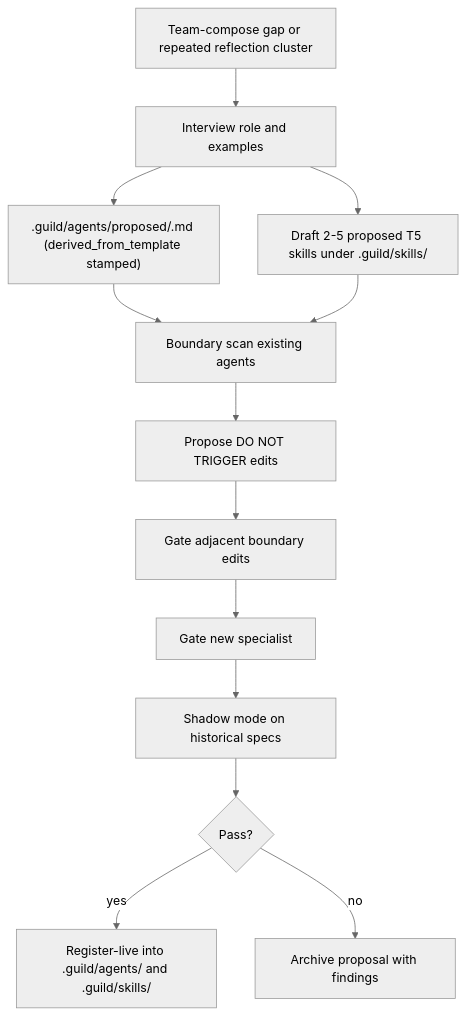
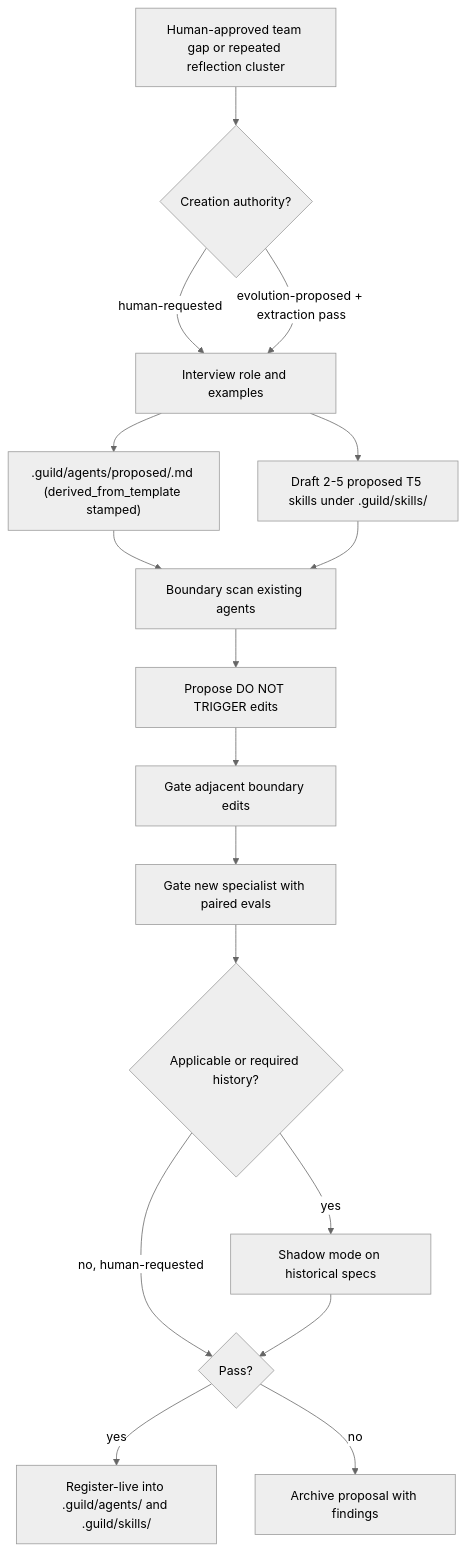
Before and after one commit to lookatitude/guild: the second of 3 diagrams in .guild/wiki/entities/skill-creator.md, drawn with Mermaid (neutral theme). The commit also changed other lines of this file and 16 other files, not shown here.

Commit message:
fix(specialists): allow human-requested creation without history

````diff
--- a/.guild/wiki/entities/skill-creator.md
+++ b/.guild/wiki/entities/skill-creator.md
@@ -131,15 +131,19 @@
 ```mermaid
 flowchart TD
-  Gap["Team-compose gap or repeated reflection cluster"] --> Interview["Interview role and examples"]
+  Gap["Human-approved team gap or repeated reflection cluster"] --> Authority{"Creation authority?"}
+  Authority -->|human-requested| Interview["Interview role and examples"]
+  Authority -->|evolution-proposed + extraction pass| Interview
   Interview --> DraftAgent[".guild/agents/proposed/<role>.md (derived_from_template stamped)"]
   Interview --> DraftSkills["Draft 2-5 proposed T5 skills under .guild/skills/"]
   DraftAgent --> Boundary["Boundary scan existing agents"]
   DraftSkills --> Boundary
   Boundary --> Edits["Propose DO NOT TRIGGER edits"]
   Edits --> AdjacentGate["Gate adjacent boundary edits"]
-  AdjacentGate --> NewGate["Gate new specialist"]
-  NewGate --> Shadow["Shadow mode on historical specs"]
-  Shadow --> Register{"Pass?"}
+  AdjacentGate --> NewGate["Gate new specialist with paired evals"]
+  NewGate --> Shadow{"Applicable or required history?"}
+  Shadow -->|yes| Replay["Shadow mode on historical specs"]
+  Shadow -->|no, human-requested| Register{"Pass?"}
+  Replay --> Register
   Register -->|yes| Live["Register-live into .guild/agents/ and .guild/skills/"]
   Register -->|no| Archive["Archive proposal with findings"]
 ```
````
